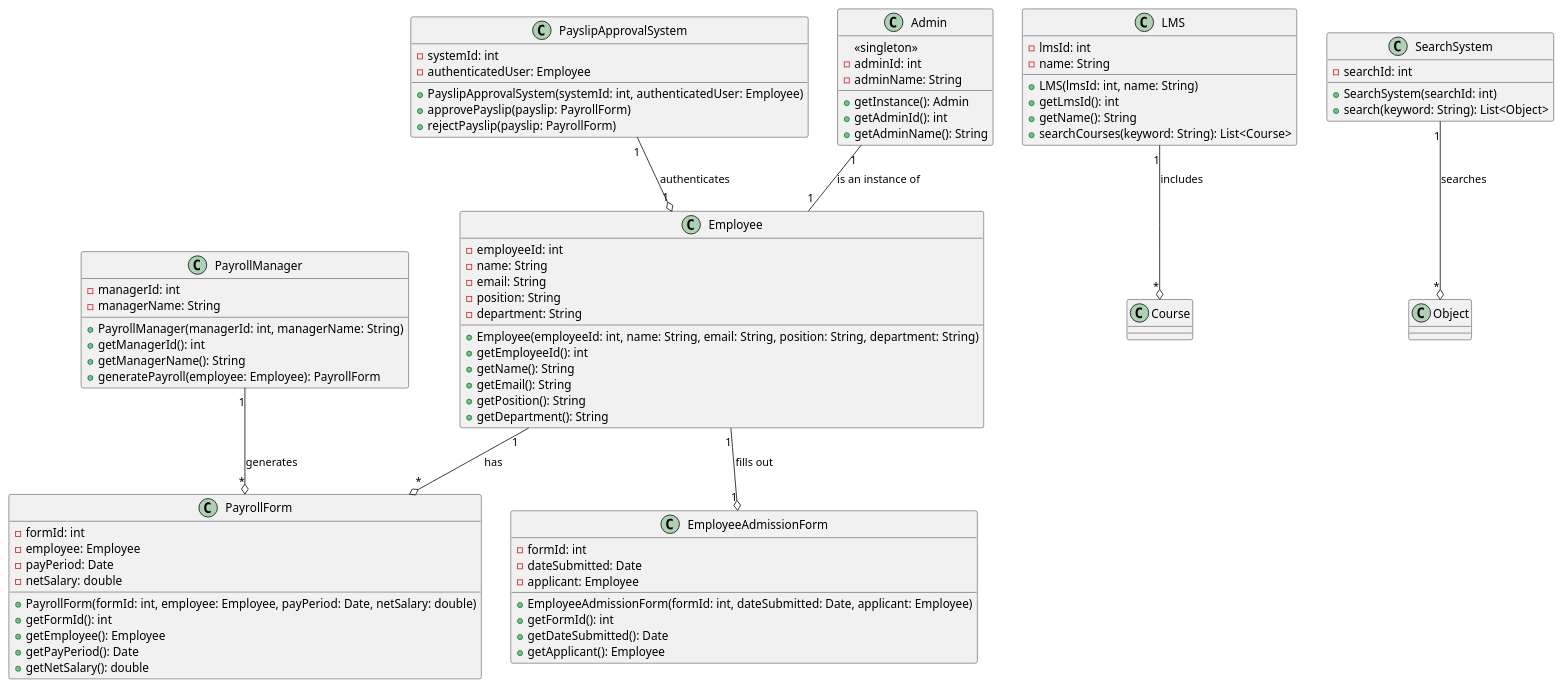
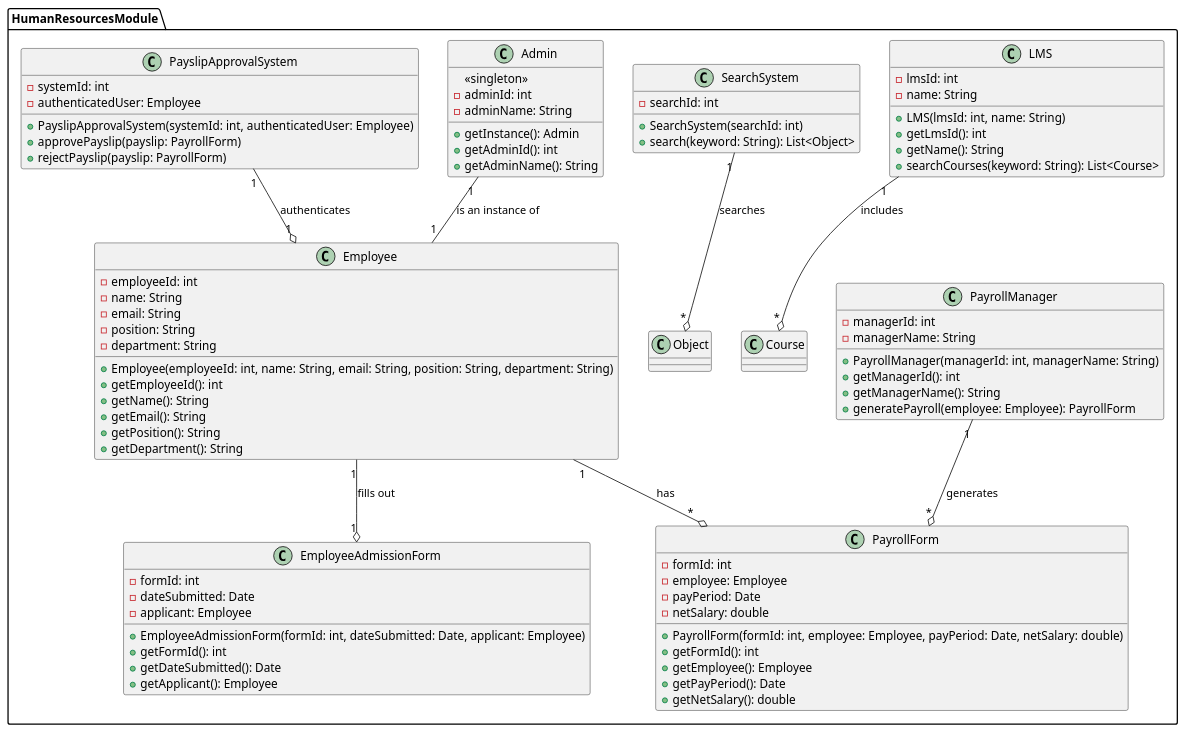
One commit to anshium/DASS-Assignment-3-IMS-System-Design changed the diagram in human_resources.plantuml. Above: the diagram before and after it, drawn with PlantUML. The commit also changed 9 other files, not shown here.

```diff
--- a/human_resources.plantuml
+++ b/human_resources.plantuml
@@ -1,88 +1,90 @@
 @startuml employee
 
-class Employee {
-  -employeeId: int
-  -name: String
-  -email: String
-  -position: String
-  -department: String
-  +Employee(employeeId: int, name: String, email: String, position: String, department: String)
-  +getEmployeeId(): int
-  +getName(): String
-  +getEmail(): String
-  +getPosition(): String
-  +getDepartment(): String
+package HumanResourcesModule {
+
+	class Employee {
+	-employeeId: int
+	-name: String
+	-email: String
+	-position: String
+	-department: String
+	+Employee(employeeId: int, name: String, email: String, position: String, department: String)
+	+getEmployeeId(): int
+	+getName(): String
+	+getEmail(): String
+	+getPosition(): String
+	+getDepartment(): String
+	}
+
+	class EmployeeAdmissionForm {
+	-formId: int
+	-dateSubmitted: Date
+	-applicant: Employee
+	+EmployeeAdmissionForm(formId: int, dateSubmitted: Date, applicant: Employee)
+	+getFormId(): int
+	+getDateSubmitted(): Date
+	+getApplicant(): Employee
+	}
+
+	class PayrollManager {
+	-managerId: int
+	-managerName: String
+	+PayrollManager(managerId: int, managerName: String)
+	+getManagerId(): int
+	+getManagerName(): String
+	+generatePayroll(employee: Employee): PayrollForm
+	}
+
+	class PayrollForm {
+	-formId: int
+	-employee: Employee
+	-payPeriod: Date
+	-netSalary: double
+	+PayrollForm(formId: int, employee: Employee, payPeriod: Date, netSalary: double)
+	+getFormId(): int
+	+getEmployee(): Employee
+	+getPayPeriod(): Date
+	+getNetSalary(): double
+	}
+
+	class LMS {
+	-lmsId: int
+	-name: String
+	+LMS(lmsId: int, name: String)
+	+getLmsId(): int
+	+getName(): String
+	+searchCourses(keyword: String): List<Course>
+	}
+
+	class PayslipApprovalSystem {
+	-systemId: int
+	-authenticatedUser: Employee
+	+PayslipApprovalSystem(systemId: int, authenticatedUser: Employee)
+	+approvePayslip(payslip: PayrollForm)
+	+rejectPayslip(payslip: PayrollForm)
+	}
+
+	class SearchSystem {
+	-searchId: int
+	+SearchSystem(searchId: int)
+	+search(keyword: String): List<Object>
+	}
+
+	class Admin {
+	<<singleton>>
+	-adminId: int
+	-adminName: String
+	+getInstance(): Admin
+	+getAdminId(): int
+	+getAdminName(): String
+	}
+
+	Employee "1" --o "1" EmployeeAdmissionForm : fills out
+	PayrollManager "1" --o "*" PayrollForm : generates
+	Employee "1" --o "*" PayrollForm : has
+	LMS "1" --o "*" Course : includes
+	PayslipApprovalSystem "1" --o "1" Employee : authenticates
+	SearchSystem "1" --o "*" Object : searches
+	Admin "1" -- "1" Employee : is an instance of
 }
-
-class EmployeeAdmissionForm {
-  -formId: int
-  -dateSubmitted: Date
-  -applicant: Employee
-  +EmployeeAdmissionForm(formId: int, dateSubmitted: Date, applicant: Employee)
-  +getFormId(): int
-  +getDateSubmitted(): Date
-  +getApplicant(): Employee
-}
-
-class PayrollManager {
-  -managerId: int
-  -managerName: String
-  +PayrollManager(managerId: int, managerName: String)
-  +getManagerId(): int
-  +getManagerName(): String
-  +generatePayroll(employee: Employee): PayrollForm
-}
-
-class PayrollForm {
-  -formId: int
-  -employee: Employee
-  -payPeriod: Date
-  -netSalary: double
-  +PayrollForm(formId: int, employee: Employee, payPeriod: Date, netSalary: double)
-  +getFormId(): int
-  +getEmployee(): Employee
-  +getPayPeriod(): Date
-  +getNetSalary(): double
-}
-
-class LMS {
-  -lmsId: int
-  -name: String
-  +LMS(lmsId: int, name: String)
-  +getLmsId(): int
-  +getName(): String
-  +searchCourses(keyword: String): List<Course>
-}
-
-class PayslipApprovalSystem {
-  -systemId: int
-  -authenticatedUser: Employee
-  +PayslipApprovalSystem(systemId: int, authenticatedUser: Employee)
-  +approvePayslip(payslip: PayrollForm)
-  +rejectPayslip(payslip: PayrollForm)
-}
-
-class SearchSystem {
-  -searchId: int
-  +SearchSystem(searchId: int)
-  +search(keyword: String): List<Object>
-}
-
-class Admin {
-  <<singleton>>
-  -adminId: int
-  -adminName: String
-  +getInstance(): Admin
-  +getAdminId(): int
-  +getAdminName(): String
-}
-
-Employee "1" --o "1" EmployeeAdmissionForm : fills out
-PayrollManager "1" --o "*" PayrollForm : generates
-Employee "1" --o "*" PayrollForm : has
-LMS "1" --o "*" Course : includes
-PayslipApprovalSystem "1" --o "1" Employee : authenticates
-SearchSystem "1" --o "*" Object : searches
-Admin "1" -- "1" Employee : is an instance of
-
 @enduml
```
